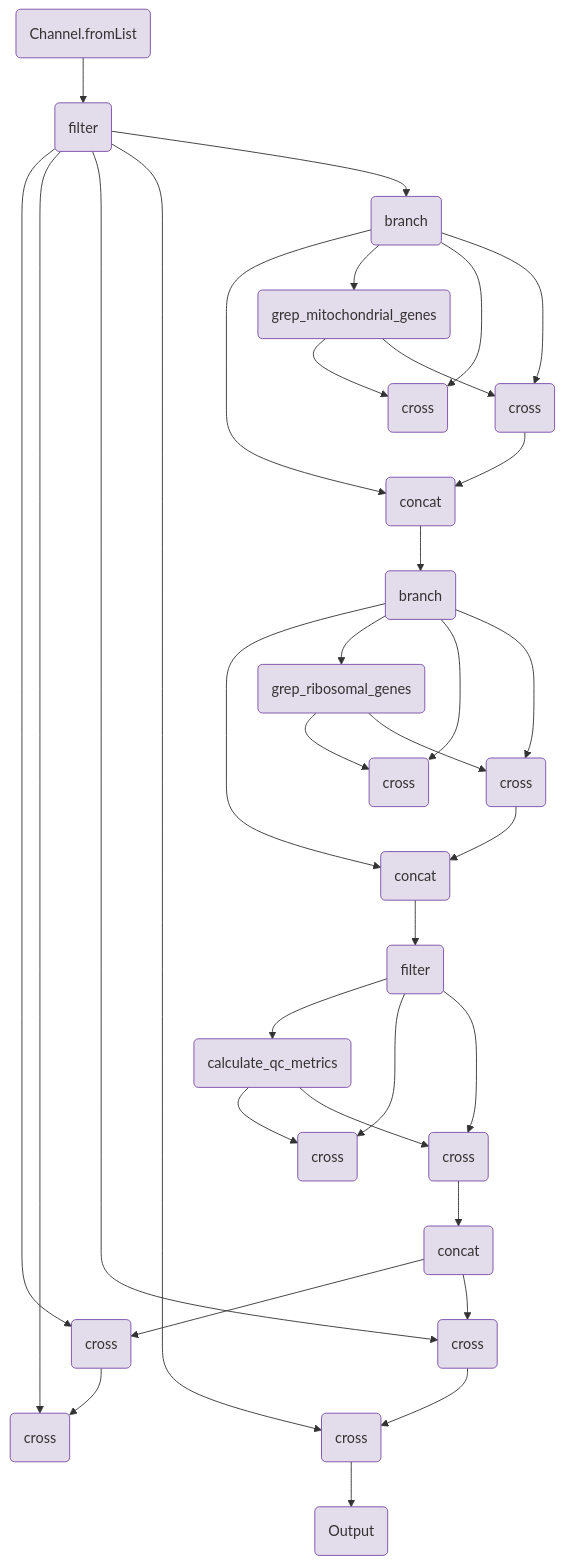
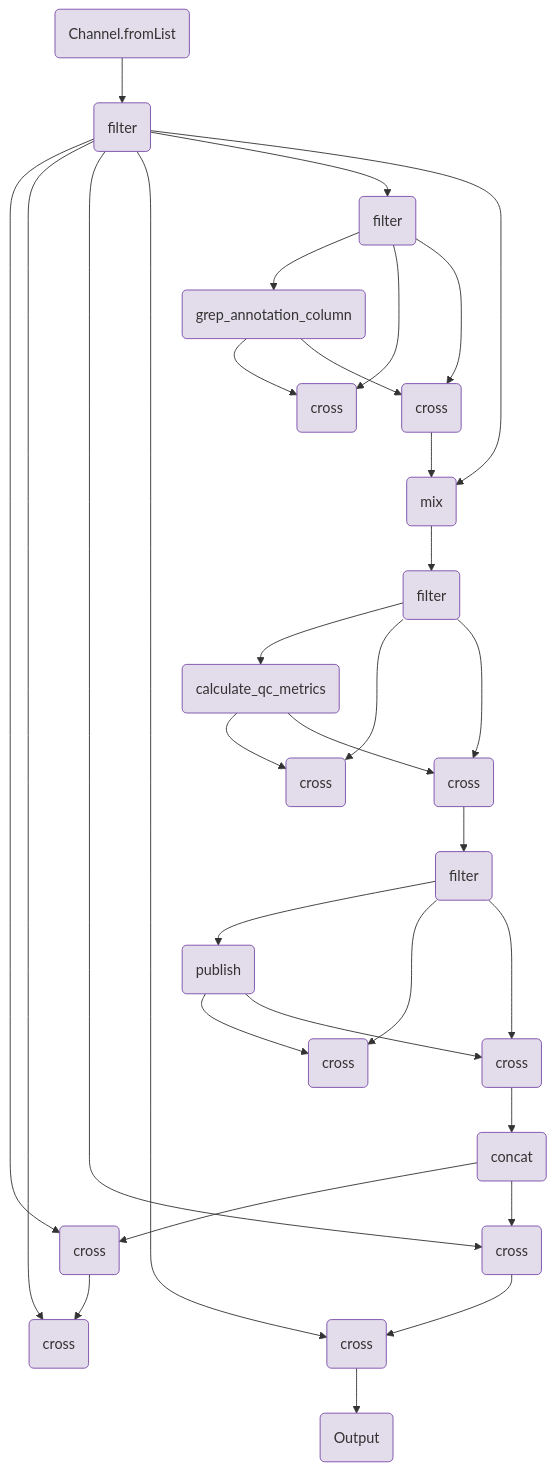
The diagram in components/workflows/qc/qc.qmd (openpipelines-bio/website), drawn with Mermaid before and after one commit. The commit also changed other lines of this file and 145 other files, not shown here.

````diff
--- a/components/workflows/qc/qc.qmd
+++ b/components/workflows/qc/qc.qmd
@@ -143,81 +137,77 @@
 ```{mermaid}
 flowchart TB
     v0(Channel.fromList)
     v2(filter)
-    v14(branch)
-    v41(concat)
-    v19(grep_mitochondrial_genes)
-    v26(cross)
-    v36(cross)
-    v45(branch)
-    v72(concat)
-    v50(grep_ribosomal_genes)
-    v57(cross)
-    v67(cross)
-    v73(filter)
-    v103(concat)
-    v81(calculate_qc_metrics)
-    v88(cross)
-    v98(cross)
-    v110(cross)
-    v117(cross)
-    v129(cross)
-    v136(cross)
-    v140(Output)
-    v14-->v41
-    v45-->v72
-    v72-->v73
+    v12(filter)
+    v20(grep_annotation_column)
+    v27(cross)
+    v37(cross)
+    v44(mix)
+    v45(filter)
+    v53(calculate_qc_metrics)
+    v60(cross)
+    v70(cross)
+    v76(filter)
+    v106(concat)
+    v84(publish)
+    v91(cross)
+    v101(cross)
+    v113(cross)
+    v120(cross)
+    v132(cross)
+    v139(cross)
+    v143(Output)
+    v44-->v45
     v0-->v2
-    v14-->v19
-    v19-->v26
-    v14-->v26
-    v14-->v36
-    v36-->v41
-    v45-->v50
-    v50-->v57
-    v45-->v57
-    v45-->v67
-    v67-->v72
-    v73-->v81
-    v81-->v88
-    v73-->v88
-    v73-->v98
-    v98-->v103
-    v103-->v110
-    v2-->v110
-    v110-->v117
-    v2-->v117
-    v2-->v129
-    v129-->v136
-    v2-->v136
-    v136-->v140
-    v2-->v14
-    v19-->v36
-    v41-->v45
-    v50-->v67
-    v81-->v98
-    v103-->v129
+    v12-->v20
+    v20-->v27
+    v12-->v27
+    v12-->v37
+    v45-->v53
+    v53-->v60
+    v45-->v60
+    v45-->v70
+    v76-->v84
+    v84-->v91
+    v76-->v91
+    v76-->v101
+    v101-->v106
+    v106-->v113
+    v2-->v113
+    v113-->v120
+    v2-->v120
+    v2-->v132
+    v132-->v139
+    v2-->v139
+    v139-->v143
+    v2-->v12
+    v37-->v44
+    v20-->v37
+    v2-->v44
+    v70-->v76
+    v53-->v70
+    v84-->v101
+    v106-->v132
     style v0 fill:#e3dcea,stroke:#7a4baa;
     style v2 fill:#e3dcea,stroke:#7a4baa;
-    style v14 fill:#e3dcea,stroke:#7a4baa;
-    style v41 fill:#e3dcea,stroke:#7a4baa;
-    style v19 fill:#e3dcea,stroke:#7a4baa;
-    style v26 fill:#e3dcea,stroke:#7a4baa;
-    style v36 fill:#e3dcea,stroke:#7a4baa;
+    style v12 fill:#e3dcea,stroke:#7a4baa;
+    style v20 fill:#e3dcea,stroke:#7a4baa;
+    style v27 fill:#e3dcea,stroke:#7a4baa;
+    style v37 fill:#e3dcea,stroke:#7a4baa;
+    style v44 fill:#e3dcea,stroke:#7a4baa;
     style v45 fill:#e3dcea,stroke:#7a4baa;
-    style v72 fill:#e3dcea,stroke:#7a4baa;
-    style v50 fill:#e3dcea,stroke:#7a4baa;
-    style v57 fill:#e3dcea,stroke:#7a4baa;
-    style v67 fill:#e3dcea,stroke:#7a4baa;
-    style v73 fill:#e3dcea,stroke:#7a4baa;
-    style v103 fill:#e3dcea,stroke:#7a4baa;
-    style v81 fill:#e3dcea,stroke:#7a4baa;
-    style v88 fill:#e3dcea,stroke:#7a4baa;
-    style v98 fill:#e3dcea,stroke:#7a4baa;
-    style v110 fill:#e3dcea,stroke:#7a4baa;
-    style v117 fill:#e3dcea,stroke:#7a4baa;
-    style v129 fill:#e3dcea,stroke:#7a4baa;
-    style v136 fill:#e3dcea,stroke:#7a4baa;
-    style v140 fill:#e3dcea,stroke:#7a4baa;
+    style v53 fill:#e3dcea,stroke:#7a4baa;
+    style v60 fill:#e3dcea,stroke:#7a4baa;
+    style v70 fill:#e3dcea,stroke:#7a4baa;
+    style v76 fill:#e3dcea,stroke:#7a4baa;
+    style v106 fill:#e3dcea,stroke:#7a4baa;
+    style v84 fill:#e3dcea,stroke:#7a4baa;
+    style v91 fill:#e3dcea,stroke:#7a4baa;
+    style v101 fill:#e3dcea,stroke:#7a4baa;
+    style v113 fill:#e3dcea,stroke:#7a4baa;
+    style v120 fill:#e3dcea,stroke:#7a4baa;
+    style v132 fill:#e3dcea,stroke:#7a4baa;
+    style v139 fill:#e3dcea,stroke:#7a4baa;
+    style v143 fill:#e3dcea,stroke:#7a4baa;
 
 ```
````
